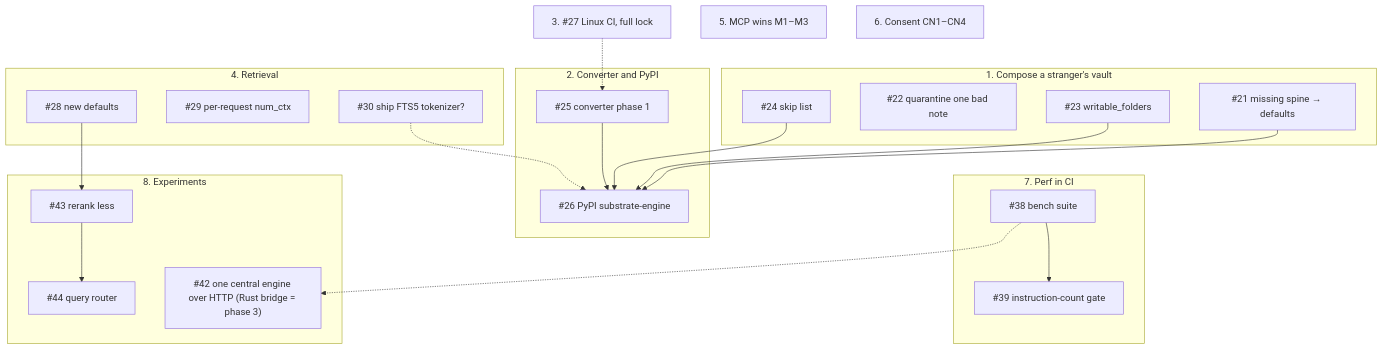
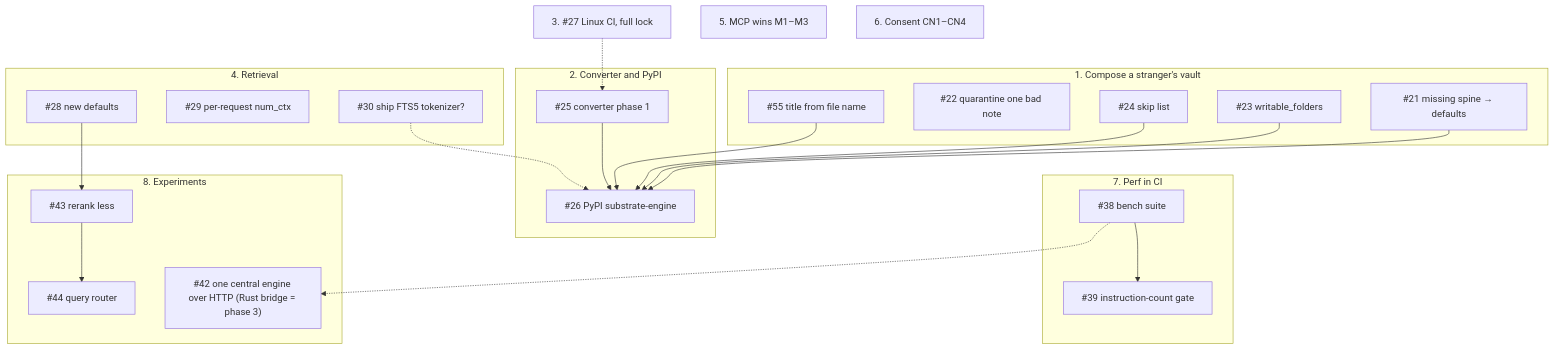
The diagram in ROADMAP.md (Ronan-Wood/substrate), drawn with Mermaid before and after one commit. The commit also changed other lines of this file and 11 other files, not shown here.

````diff
--- a/ROADMAP.md
+++ b/ROADMAP.md
@@ -44,36 +44,38 @@
 ```mermaid
 flowchart TD
     subgraph pip["1. Compose a stranger's vault"]
         PB1["#21 missing spine → defaults"]
         PB2["#22 quarantine one bad note"]
         PB3["#23 writable_folders"]
         PB4["#24 skip list"]
+        PB5["#55 title from file name"]
     end
     subgraph pkg["2. Converter and PyPI"]
         CV1["#25 converter phase 1"]
         CV2["#26 PyPI substrate-engine"]
     end
     L1["3. #27 Linux CI, full lock"]
     subgraph ret["4. Retrieval"]
         R3["#28 new defaults"]
         R4["#29 per-request num_ctx"]
         R2["#30 ship FTS5 tokenizer?"]
     end
     M["5. MCP wins M1–M3"]
     CN["6. Consent CN1–CN4"]
     subgraph perf["7. Perf in CI"]
         P1["#38 bench suite"] --> P2["#39 instruction-count gate"]
     end
     subgraph exp["8. Experiments"]
         E4["#43 rerank less"] --> E5["#44 query router"]
         E9["#42 one central engine over HTTP (Rust bridge = phase 3)"]
     end
     PB1 --> CV2
     PB3 --> CV2
     PB4 --> CV2
+    PB5 --> CV2
     CV1 --> CV2
     L1 -.-> CV1
     R2 -.-> CV2
     R3 --> E4
     P1 -.-> E9
 ```
````
